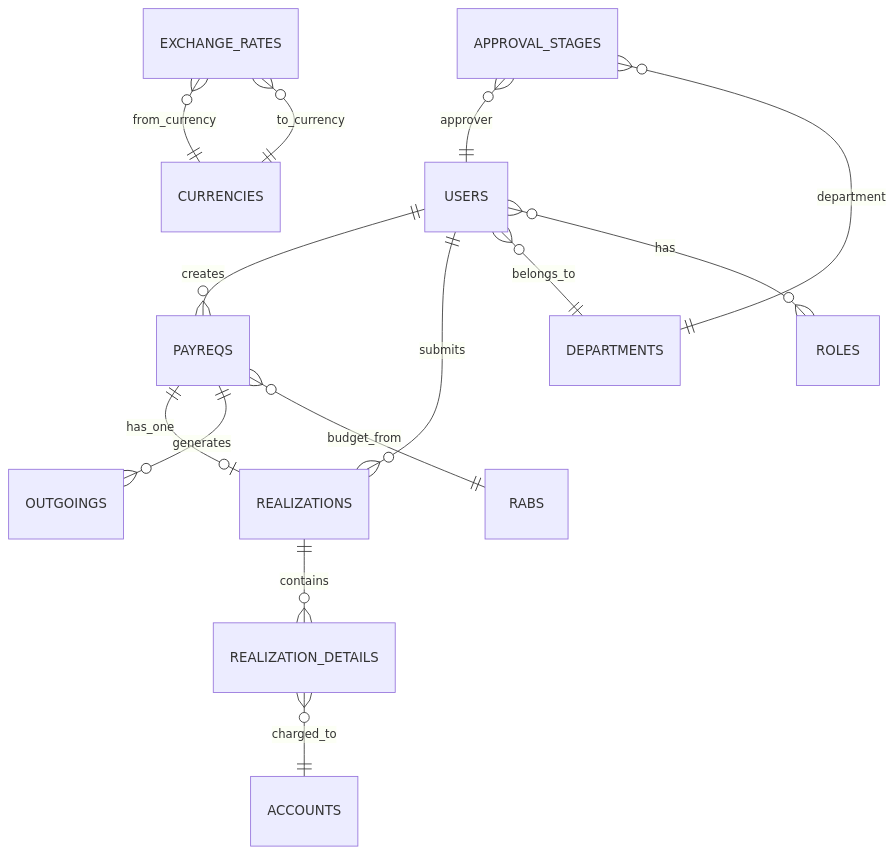
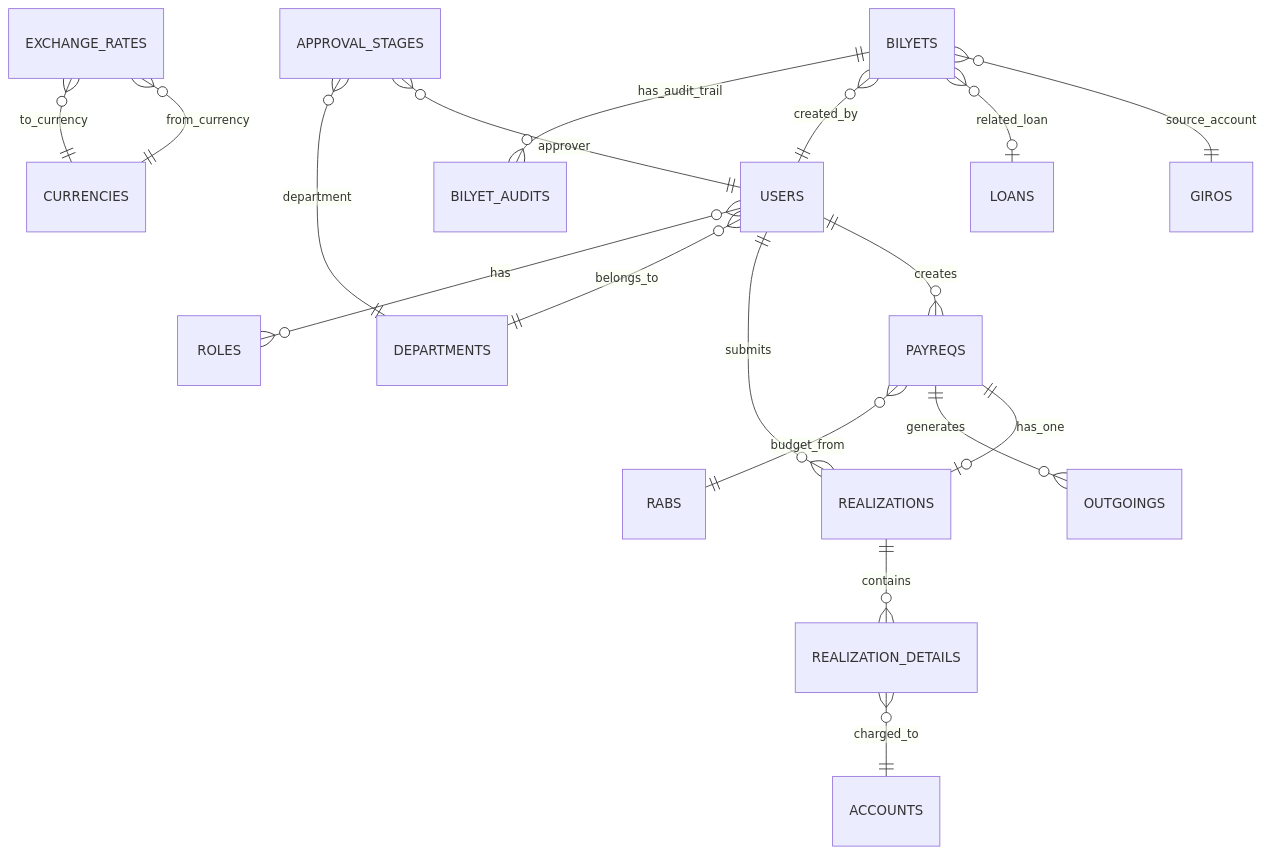
One commit to rachmanj/payreq-x-v3 changed the fourth of 4 diagrams in docs/architecture.md. Above: the diagram before and after it, drawn with Mermaid. The commit also changed other lines of this file and 5 other files, not shown here.

````diff
--- a/docs/architecture.md
+++ b/docs/architecture.md
@@ -331,20 +387,25 @@
 ```mermaid
 erDiagram
     USERS ||--o{ PAYREQS : creates
     USERS ||--o{ REALIZATIONS : submits
     USERS }o--|| DEPARTMENTS : belongs_to
     USERS }o--o{ ROLES : has
 
     PAYREQS ||--o| REALIZATIONS : has_one
     PAYREQS ||--o{ OUTGOINGS : generates
     PAYREQS }o--|| RABS : budget_from
 
     REALIZATIONS ||--o{ REALIZATION_DETAILS : contains
     REALIZATION_DETAILS }o--|| ACCOUNTS : charged_to
 
     EXCHANGE_RATES }o--|| CURRENCIES : from_currency
     EXCHANGE_RATES }o--|| CURRENCIES : to_currency
 
     APPROVAL_STAGES }o--|| USERS : approver
     APPROVAL_STAGES }o--|| DEPARTMENTS : department
+
+    BILYETS }o--|| GIROS : source_account
+    BILYETS }o--o| LOANS : related_loan
+    BILYETS }o--|| USERS : created_by
+    BILYETS ||--o{ BILYET_AUDITS : has_audit_trail
 ```
````
